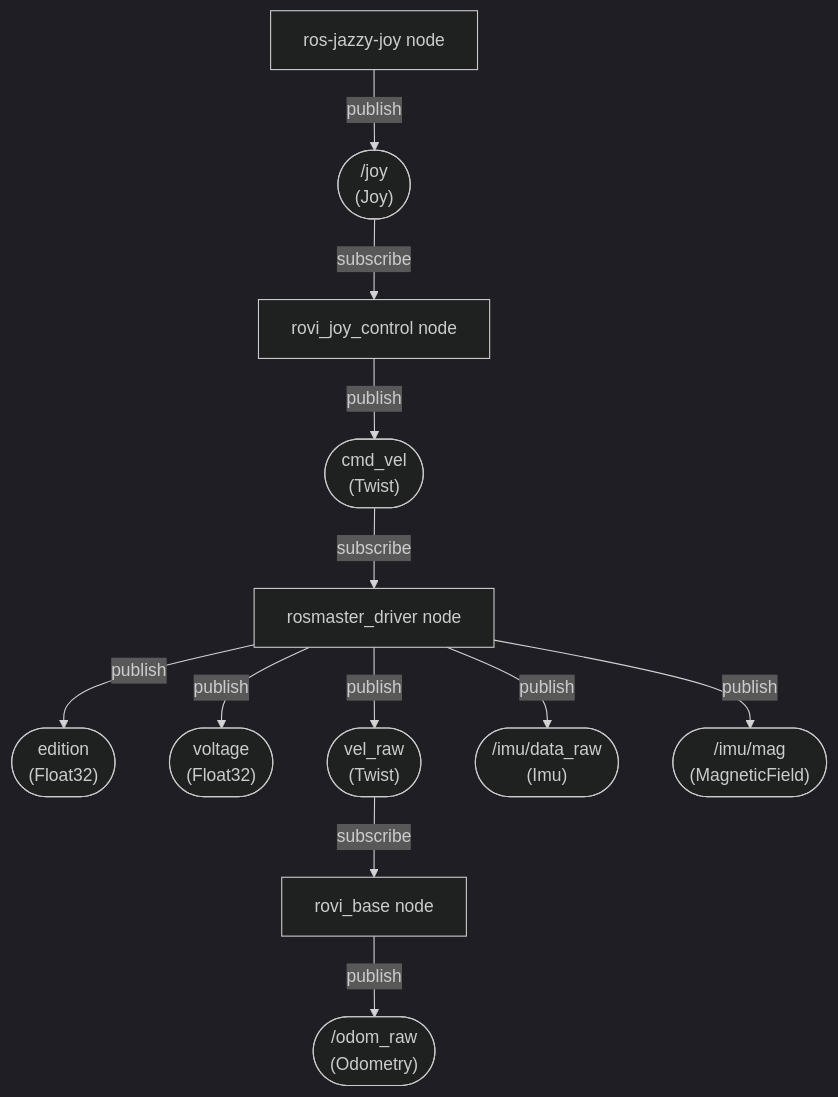
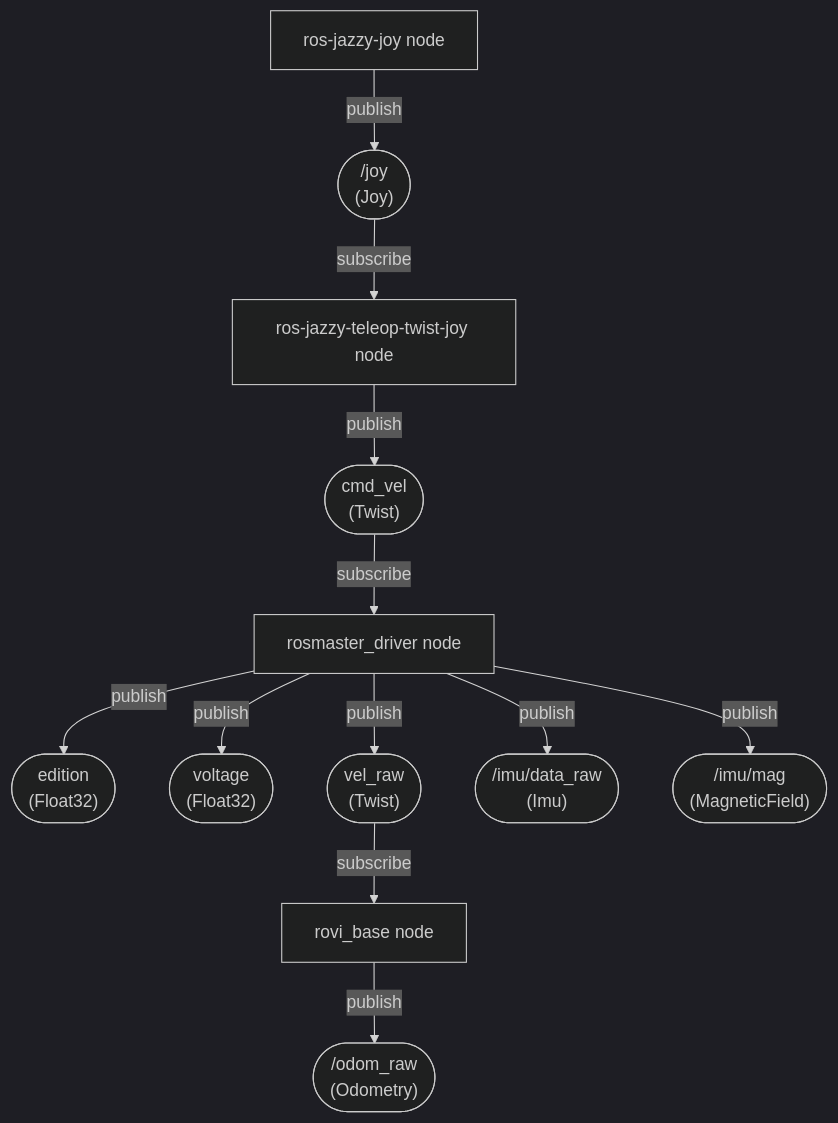
Before and after one commit to Roblibs/rovi_ros_ws: the diagram in README.md, drawn with Mermaid (dark theme). The commit also changed 9 other files, not shown here.

Commit message:
added rovi_bringup with first two launches  - joy test  - joy teleop with rosmaster moving the robot

````diff
--- a/README.md
+++ b/README.md
@@ -58,36 +58,36 @@
 ```mermaid
 flowchart TD
   Rosmaster[rosmaster_driver node]
 
   CMD(["cmd_vel<br/>(Twist)"])
   CMD -->|subscribe| Rosmaster
 
   EDT(["edition<br/>(Float32)"])
   Rosmaster -->|publish| EDT
 
   VOL(["voltage<br/>(Float32)"])
   Rosmaster -->|publish| VOL
 
   VRAW(["vel_raw<br/>(Twist)"])
   Rosmaster -->|publish| VRAW
 
   IMU(["/imu/data_raw<br/>(Imu)"])
   Rosmaster -->|publish| IMU
 
   MAG(["/imu/mag<br/>(MagneticField)"])
   Rosmaster -->|publish| MAG
 
   Joystick["ros-jazzy-joy node"]
   JOY(["/joy<br/>(Joy)"])
   Joystick -->|publish| JOY
 
-  RoviJoy["rovi_joy_control node"]
+  RoviJoy["ros-jazzy-teleop-twist-joy node"]
   JOY -->|subscribe| RoviJoy
   RoviJoy -->|publish| CMD
 
   RoviBase["rovi_base node"]
   VRAW -->|subscribe| RoviBase
   ODRAW(["/odom_raw<br/>(Odometry)"])
   RoviBase -->|publish| ODRAW
 
 ```
````
